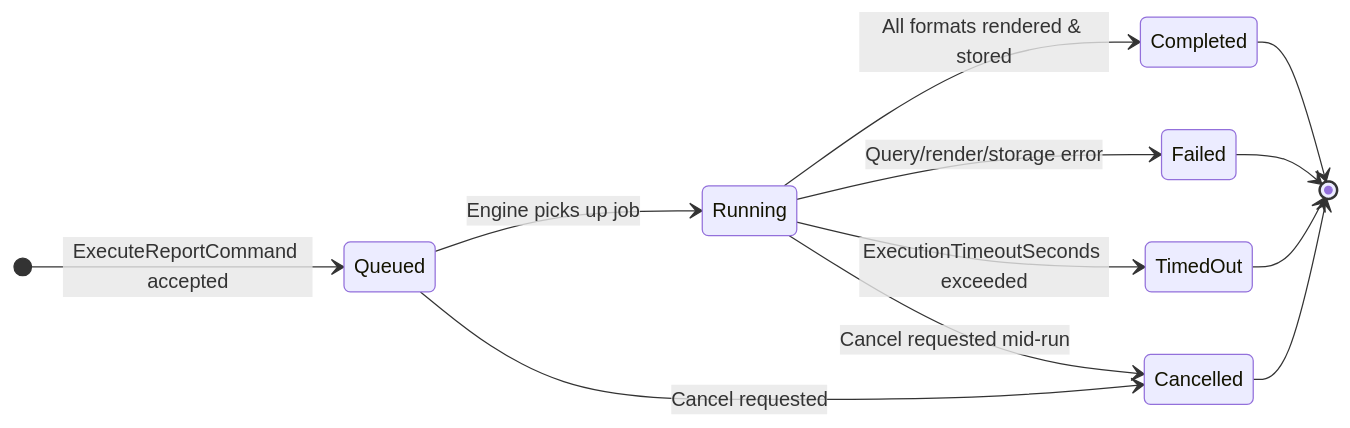
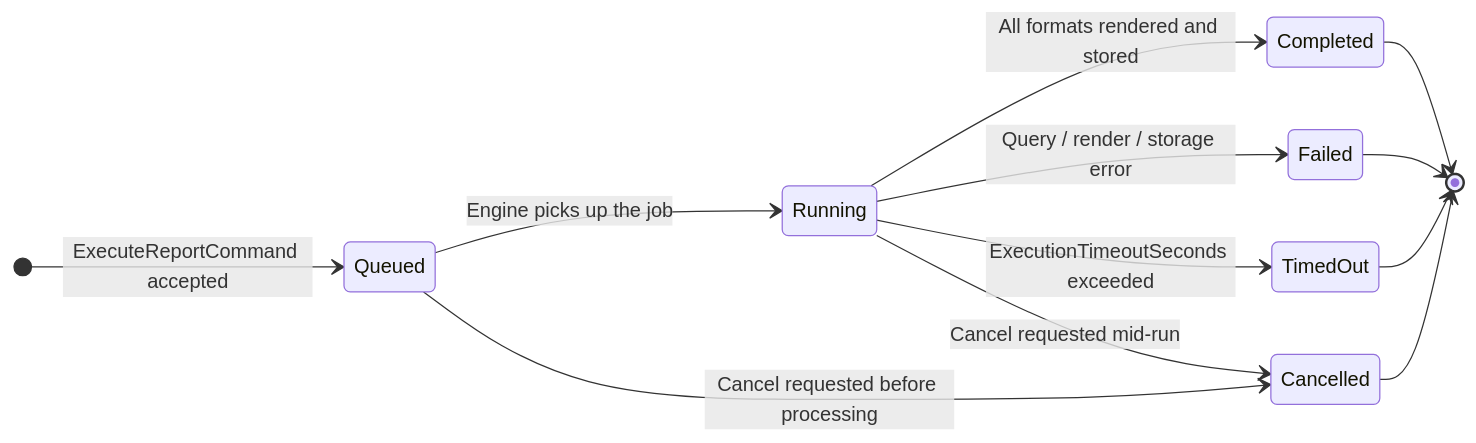
One commit to WikornAT/ReportEngine changed the sixth of 6 diagrams in README.md. Above: the diagram before and after it, drawn with Mermaid. The commit also changed other lines of this file and 64 other files, not shown here.

````diff
--- a/README.md
+++ b/README.md
@@ -288,19 +308,19 @@
 ```mermaid
 stateDiagram-v2
     direction LR
 
-    [*] --> Queued : ExecuteReportCommand accepted
+    [*]      --> Queued    : ExecuteReportCommand accepted
 
-    Queued --> Running   : Engine picks up job
-    Queued --> Cancelled : Cancel requested
+    Queued   --> Running   : Engine picks up the job
+    Queued   --> Cancelled : Cancel requested before processing
 
-    Running --> Completed : All formats rendered & stored
-    Running --> Failed    : Query/render/storage error
-    Running --> TimedOut  : ExecutionTimeoutSeconds exceeded
-    Running --> Cancelled : Cancel requested mid-run
+    Running  --> Completed : All formats rendered and stored
+    Running  --> Failed    : Query / render / storage error
+    Running  --> TimedOut  : ExecutionTimeoutSeconds exceeded
+    Running  --> Cancelled : Cancel requested mid-run
 
     Completed --> [*]
     Failed    --> [*]
     TimedOut  --> [*]
     Cancelled --> [*]
 ```
````
